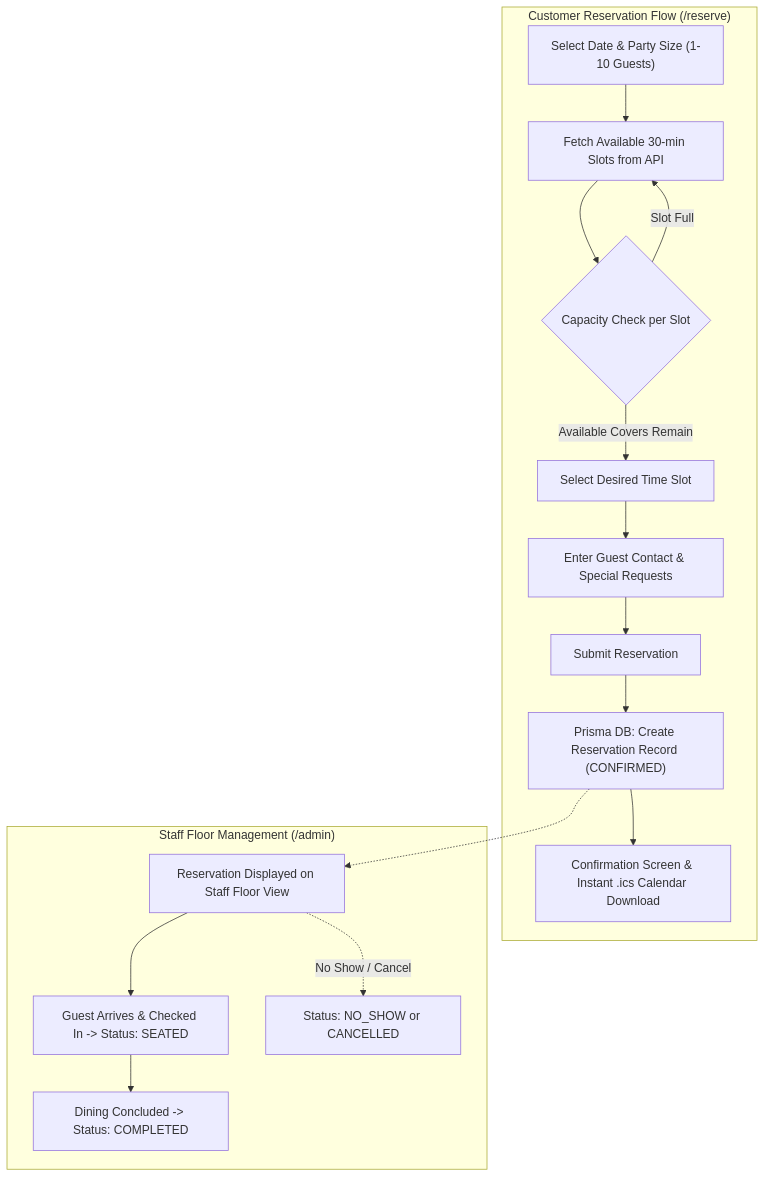
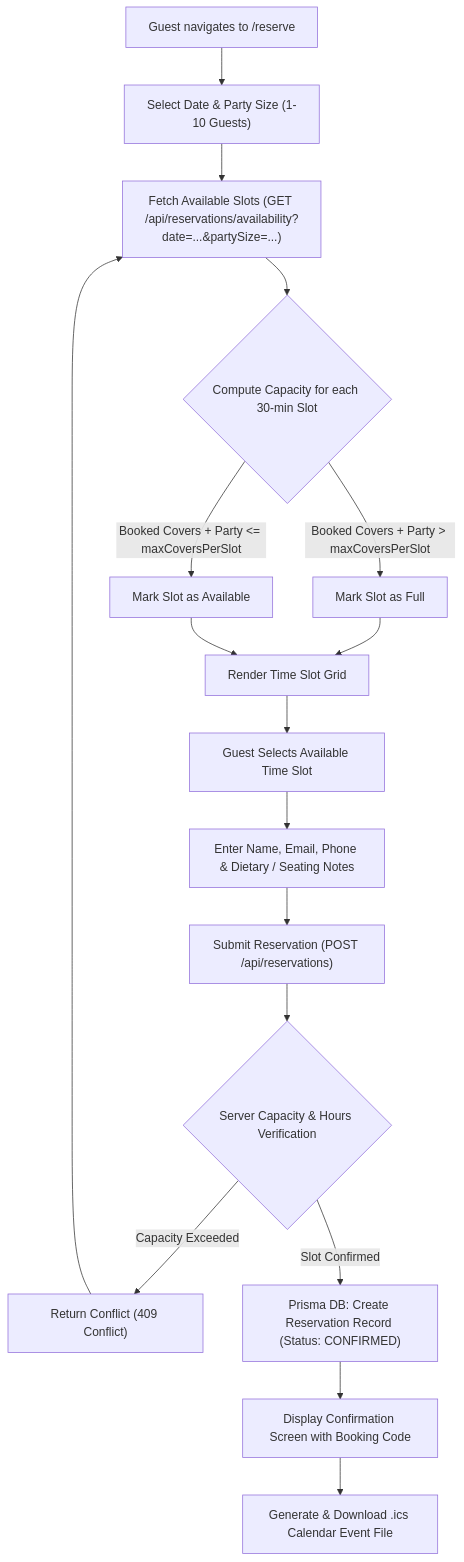
One commit to namaysingh3925/RESPO changed the second of 6 diagrams in README.md. Above: the diagram before and after it, drawn with Mermaid. The commit also changed other lines of this file, not shown here.

````diff
--- a/README.md
+++ b/README.md
@@ -98,20 +136,24 @@
 ```mermaid
 flowchart TD
-  subgraph BookingFlow ["Customer Reservation Flow (/reserve)"]
-    R1["Select Date & Party Size (1-10 Guests)"] --> R2["Fetch Available 30-min Slots from API"]
-    R2 --> R3{"Capacity Check per Slot"}
-    R3 -->|Available Covers Remain| R4["Select Desired Time Slot"]
-    R3 -->|Slot Full| R2
-    R4 --> R5["Enter Guest Contact & Special Requests"]
-    R5 --> R6["Submit Reservation"]
-    R6 --> R7["Prisma DB: Create Reservation Record (CONFIRMED)"]
-    R7 --> R8["Confirmation Screen & Instant .ics Calendar Download"]
-  end
-
-  subgraph StaffFlow ["Staff Floor Management (/admin)"]
-    R7 -.-> S1["Reservation Displayed on Staff Floor View"]
-    S1 --> S2["Guest Arrives & Checked In -> Status: SEATED"]
-    S2 --> S3["Dining Concluded -> Status: COMPLETED"]
-    S1 -. No Show / Cancel .-> S4["Status: NO_SHOW or CANCELLED"]
-  end
+    GuestStart["Guest navigates to /reserve"] --> SelectParams["Select Date & Party Size (1-10 Guests)"]
+    SelectParams --> FetchSlots["Fetch Available Slots (GET /api/reservations/availability?date=...&partySize=...)"]
+    
+    FetchSlots --> CapacityCheck{"Compute Capacity for each 30-min Slot"}
+    CapacityCheck -->|Booked Covers + Party > maxCoversPerSlot| MarkUnavailable["Mark Slot as Full"]
+    CapacityCheck -->|Booked Covers + Party <= maxCoversPerSlot| MarkAvailable["Mark Slot as Available"]
+    
+    MarkUnavailable --> RenderGrid["Render Time Slot Grid"]
+    MarkAvailable --> RenderGrid
+    
+    RenderGrid --> ChooseSlot["Guest Selects Available Time Slot"]
+    ChooseSlot --> GuestDetails["Enter Name, Email, Phone & Dietary / Seating Notes"]
+    GuestDetails --> SubmitReservation["Submit Reservation (POST /api/reservations)"]
+    
+    SubmitReservation --> ValidateBooking{"Server Capacity & Hours Verification"}
+    ValidateBooking -->|Capacity Exceeded| BookingError["Return Conflict (409 Conflict)"]
+    BookingError --> FetchSlots
+    
+    ValidateBooking -->|Slot Confirmed| DBCreateBooking["Prisma DB: Create Reservation Record (Status: CONFIRMED)"]
+    DBCreateBooking --> ConfirmationModal["Display Confirmation Screen with Booking Code"]
+    ConfirmationModal --> DownloadICS["Generate & Download .ics Calendar Event File"]
 ```
````
